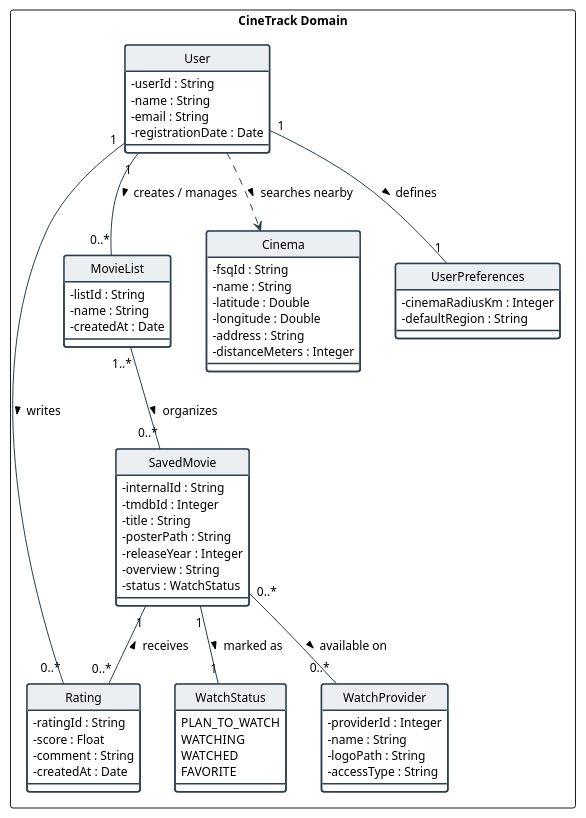
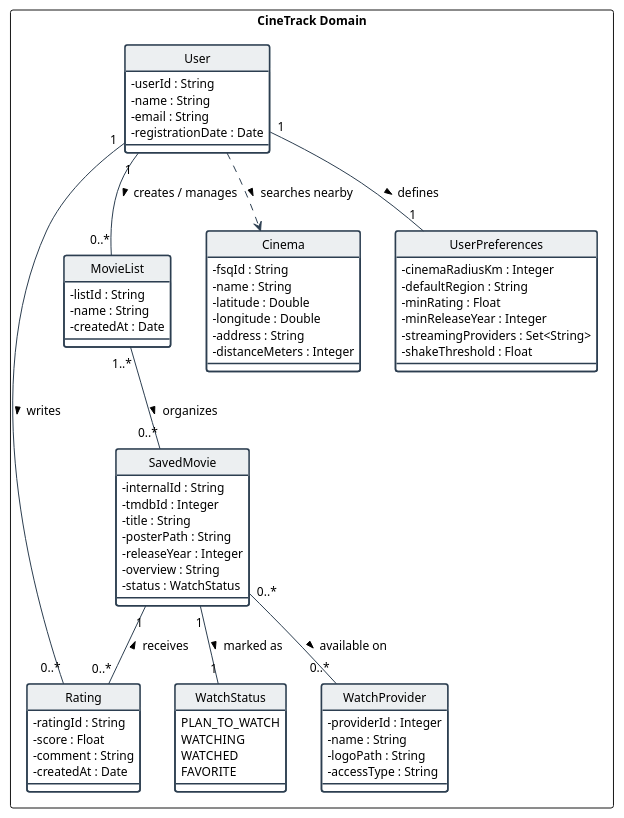
The diagram in docs/global-artifacts/puml/domain_model.puml (Andre-1240567/DSSMV_ProjectDroid_1240567_1241013), drawn with PlantUML before and after one commit. The commit also changed 18 other files, not shown here.

Commit message:
docs: comprehensive review and synchronization of architecture, diagrams and specifications

```diff
--- a/docs/global-artifacts/puml/domain_model.puml
+++ b/docs/global-artifacts/puml/domain_model.puml
@@ -1,93 +1,97 @@
 @startuml
 skinparam handwritten false
 skinparam monochrome false
 skinparam shadowing false
 skinparam defaultFontName "Helvetica, Arial, sans-serif"
 skinparam defaultFontSize 12
 
 skinparam class {
     BackgroundColor #FFFFFF
     ArrowColor #2C3E50
     BorderColor #2C3E50
     BorderThickness 1.5
     HeaderBackgroundColor #ECEFF1
 }
 
 hide circle
 skinparam classAttributeIconSize 0
 
 package "CineTrack Domain" <<Rectangle>> {
 
     class User {
         - userId : String
         - name : String
         - email : String
         - registrationDate : Date
     }
 
     class MovieList {
         - listId : String
         - name : String
         - createdAt : Date
     }
 
     class SavedMovie {
         - internalId : String
         - tmdbId : Integer
         - title : String
         - posterPath : String
         - releaseYear : Integer
         - overview : String
         - status : WatchStatus
     }
 
     enum WatchStatus {
         PLAN_TO_WATCH
         WATCHING
         WATCHED
         FAVORITE
     }
 
     class Rating {
         - ratingId : String
         - score : Float
         - comment : String
         - createdAt : Date
     }
 
     class WatchProvider {
         - providerId : Integer
         - name : String
         - logoPath : String
         - accessType : String
     }
 
     class Cinema {
         - fsqId : String
         - name : String
         - latitude : Double
         - longitude : Double
         - address : String
         - distanceMeters : Integer
     }
 
     class UserPreferences {
         - cinemaRadiusKm : Integer
         - defaultRegion : String
+        - minRating : Float
+        - minReleaseYear : Integer
+        - streamingProviders : Set<String>
+        - shakeThreshold : Float
     }
 
 }
 
 ' Relationships & Multiplicities
 User "1" -- "0..*" MovieList : creates / manages >
 User "1" -- "0..*" Rating : writes >
 User "1" -- "1" UserPreferences : defines >
 
 MovieList "1..*" -- "0..*" SavedMovie : organizes >
 SavedMovie "1" -- "0..*" Rating : receives <
 SavedMovie "1" -- "1" WatchStatus : marked as >
 SavedMovie "0..*" -- "0..*" WatchProvider : available on >
 
 User ..> Cinema : searches nearby >
 
 @enduml
```
